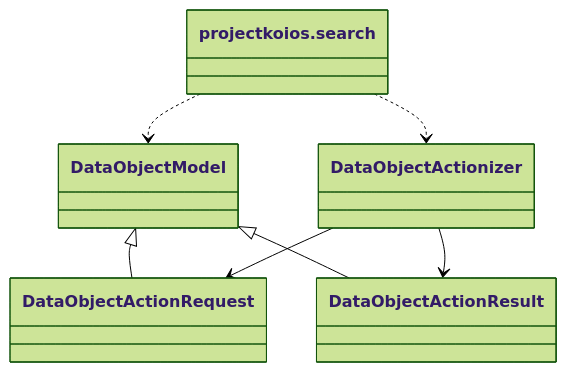
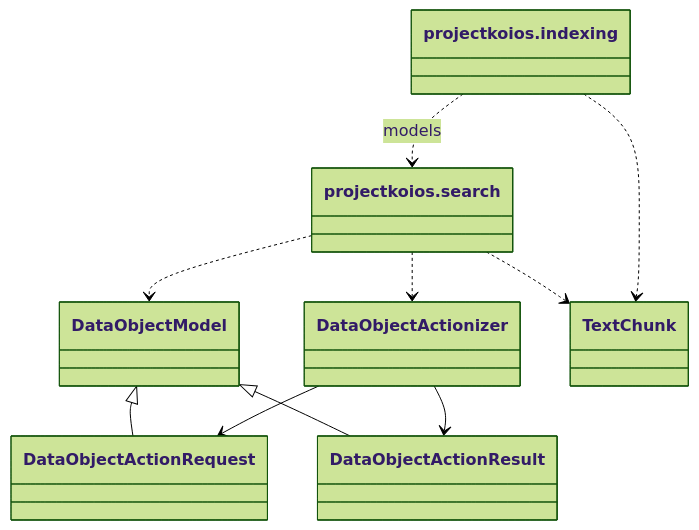
One commit to eragasa/projectkoios-search changed the diagram in docs/architecture/projectkoios/implementation.md. Above: the diagram before and after it, drawn with Mermaid (forest theme). The commit also changed other lines of this file and 53 other files, not shown here.

Commit message:
docs: complete source-mirrored search architecture

````diff
--- a/docs/architecture/projectkoios/implementation.md
+++ b/docs/architecture/projectkoios/implementation.md
@@ -7,15 +7,20 @@
 ```mermaid
 classDiagram
     class DataObjectModel
     class DataObjectActionRequest
     class DataObjectActionResult
     class DataObjectActionizer
+    class TextChunk
     class SearchPackage["projectkoios.search"]
+    class IndexingPackage["projectkoios.indexing"]
 
     DataObjectModel <|-- DataObjectActionRequest
     DataObjectModel <|-- DataObjectActionResult
     DataObjectActionizer --> DataObjectActionRequest
     DataObjectActionizer --> DataObjectActionResult
     SearchPackage ..> DataObjectModel
     SearchPackage ..> DataObjectActionizer
+    SearchPackage ..> TextChunk
+    IndexingPackage ..> TextChunk
+    IndexingPackage ..> SearchPackage : models
 ```
````
